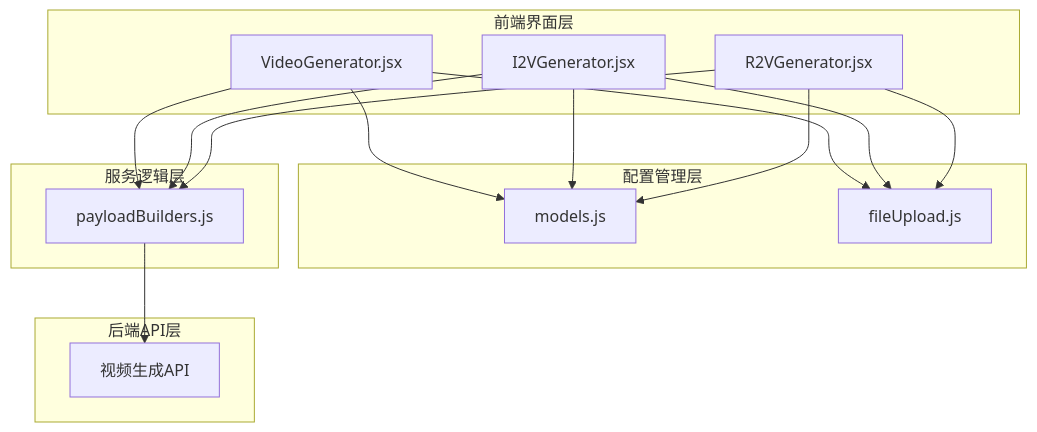
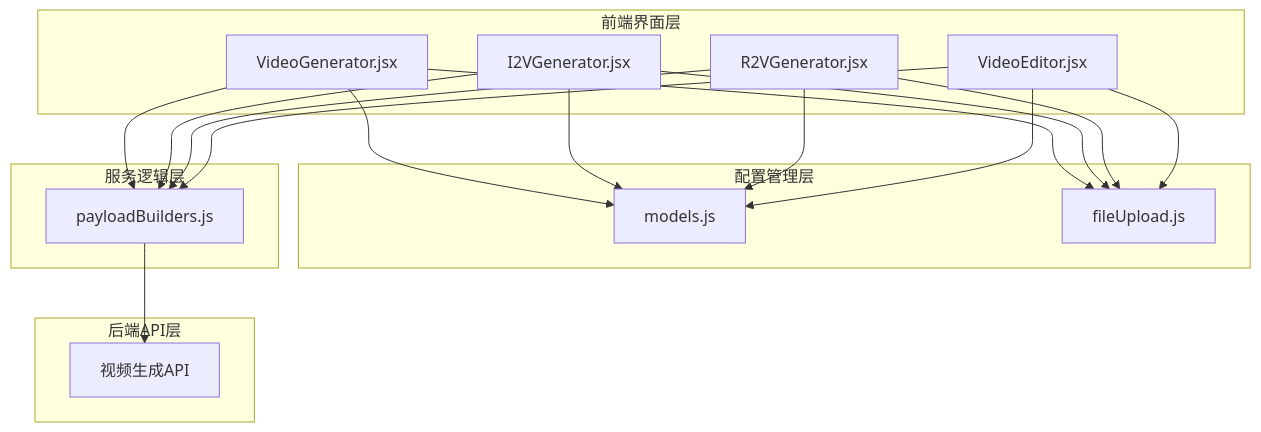
Before and after one commit to alex0001yyy/wan-app: the first of 8 diagrams in .qoder/repowiki/zh/content/配置系统/负载构建器/视频生成构建器.md, drawn with Mermaid. The commit also changed other lines of this file and 35 other files, not shown here.

````diff
--- a/.qoder/repowiki/zh/content/配置系统/负载构建器/视频生成构建器.md
+++ b/.qoder/repowiki/zh/content/配置系统/负载构建器/视频生成构建器.md
@@ -38,28 +47,32 @@
 ```mermaid
 graph TB
 subgraph "前端界面层"
 VG[VideoGenerator.jsx]
 I2VG[I2VGenerator.jsx]
 R2VG[R2VGenerator.jsx]
+VED[VideoEditor.jsx]
 end
 subgraph "配置管理层"
 MCFG[models.js]
 FILEUTIL[fileUpload.js]
 end
 subgraph "服务逻辑层"
 PB[payloadBuilders.js]
 end
 subgraph "后端API层"
 API[视频生成API]
 end
 VG --> PB
 I2VG --> PB
 R2VG --> PB
+VED --> PB
 PB --> API
 VG --> MCFG
 I2VG --> MCFG
 R2VG --> MCFG
+VED --> MCFG
 VG --> FILEUTIL
 I2VG --> FILEUTIL
 R2VG --> FILEUTIL
+VED --> FILEUTIL
 ```
````
